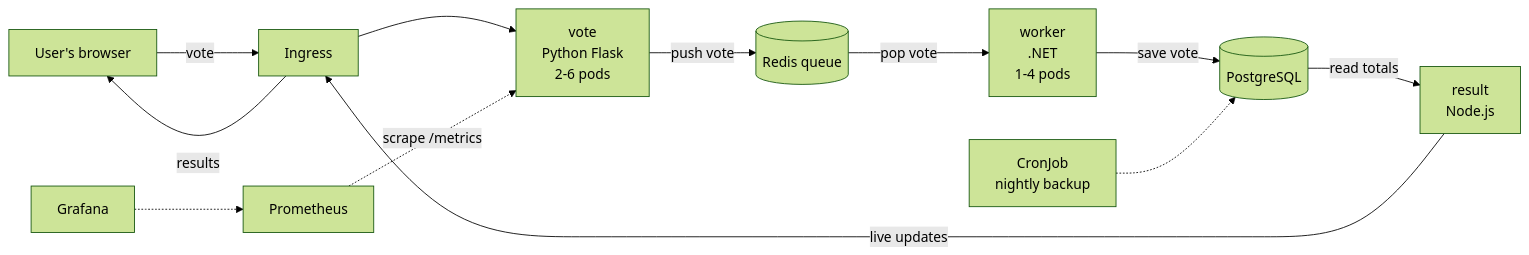
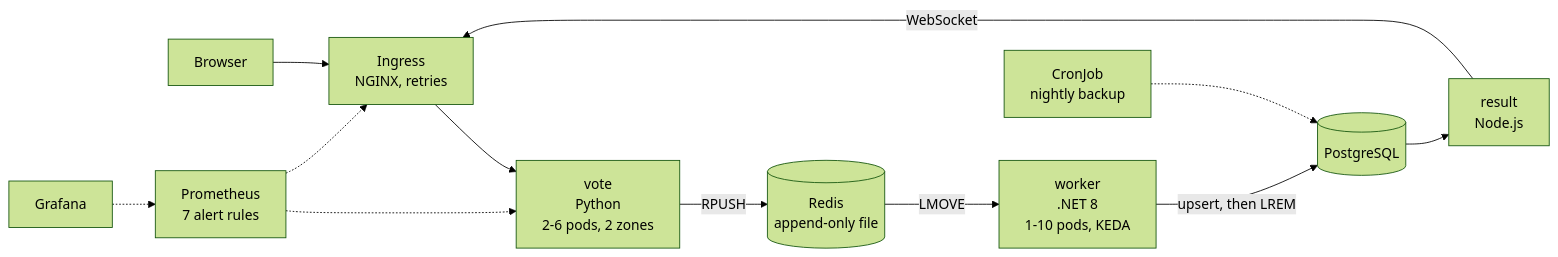
Before and after one commit to gauravgoodreads/nephele: the diagram in README.md, drawn with Mermaid (forest theme). The commit also changed other lines of this file, not shown here.

Commit message:
README: architecture, run, prove, results, changes

````diff
--- a/README.md
+++ b/README.md
@@ -17,14 +19,14 @@
 ```mermaid
 flowchart LR
-    U[User's browser] -->|vote| I[Ingress]
-    I --> V[vote<br/>Python Flask<br/>2-6 pods]
-    V -->|push vote| R[(Redis queue)]
-    R -->|pop vote| W[worker<br/>.NET<br/>1-4 pods]
-    W -->|save vote| D[(PostgreSQL)]
-    D -->|read totals| S[result<br/>Node.js]
-    S -->|live updates| I
-    I -->|results| U
-    P[Prometheus] -.->|scrape /metrics| V
+    U[Browser] --> I[Ingress<br/>NGINX, retries]
+    I --> V[vote<br/>Python<br/>2-6 pods, 2 zones]
+    V -->|RPUSH| R[(Redis<br/>append-only file)]
+    R -->|LMOVE| W[worker<br/>.NET 8<br/>1-10 pods, KEDA]
+    W -->|upsert, then LREM| D[(PostgreSQL)]
+    D --> S[result<br/>Node.js]
+    S -->|WebSocket| I
+    P[Prometheus<br/>7 alert rules] -.-> V
+    P -.-> I
     G[Grafana] -.-> P
-    C[CronJob<br/>nightly backup] -.-> D
+    B[CronJob<br/>nightly backup] -.-> D
 ```
````
